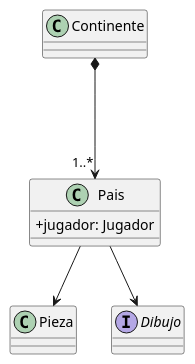
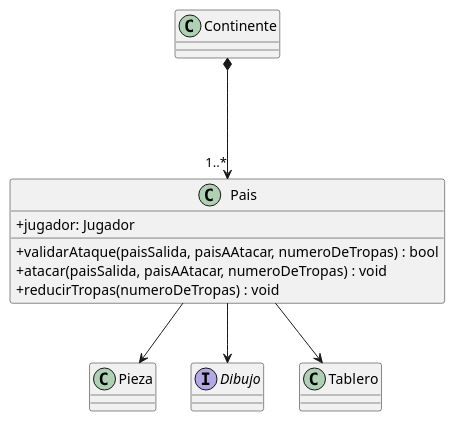
Before and after one commit to tomasshiao/TP2_Algo3: the diagram in diagramas/diagramaClaseContinente.plantuml, drawn with PlantUML. The commit also changed 4 other files, not shown here.

```diff
--- a/diagramas/diagramaClaseContinente.plantuml
+++ b/diagramas/diagramaClaseContinente.plantuml
@@ -1,23 +1,28 @@
 @startuml
 skinparam classAttributeIconSize 0
 
 class Continente{
 
 
 
 }
 
 class Pais{
     +jugador: Jugador
+    
+    + validarAtaque(paisSalida, paisAAtacar, numeroDeTropas) : bool
+    + atacar(paisSalida, paisAAtacar, numeroDeTropas) : void
+    + reducirTropas(numeroDeTropas) : void
 }
 
 class Pieza{}
 
 interface Dibujo{}
 
 
+
 Continente *---> "1..*"Pais
 Pais -->Pieza
 Pais -->Dibujo
-
+Pais --> Tablero
 @enduml
```
